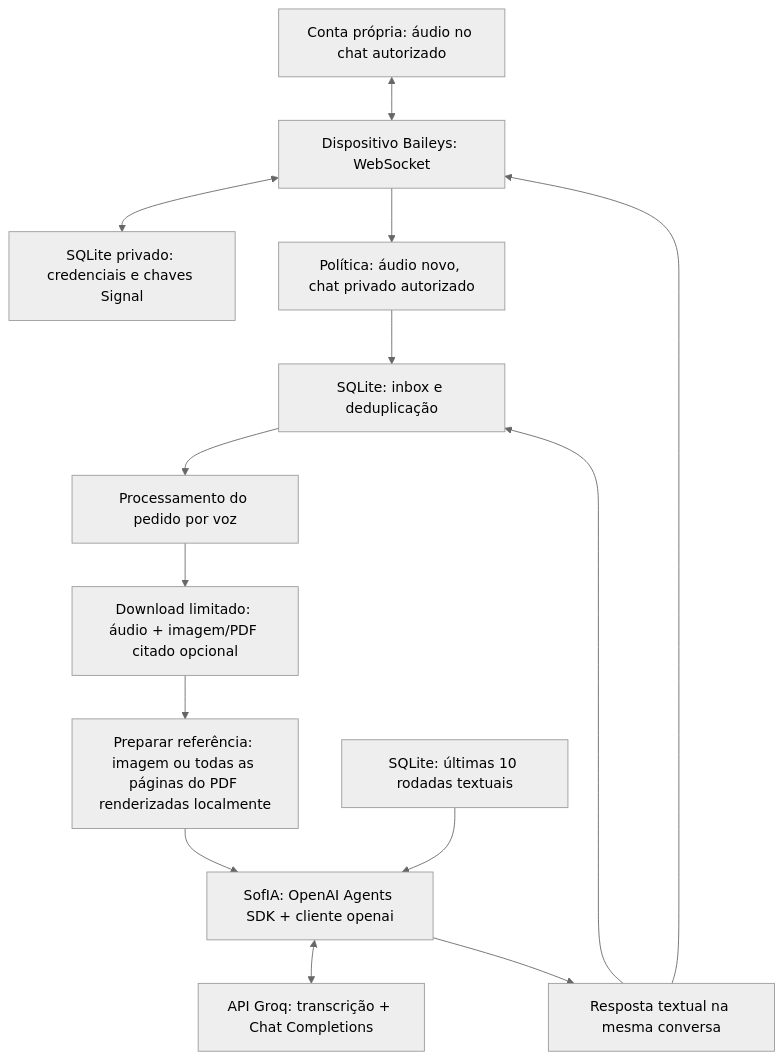
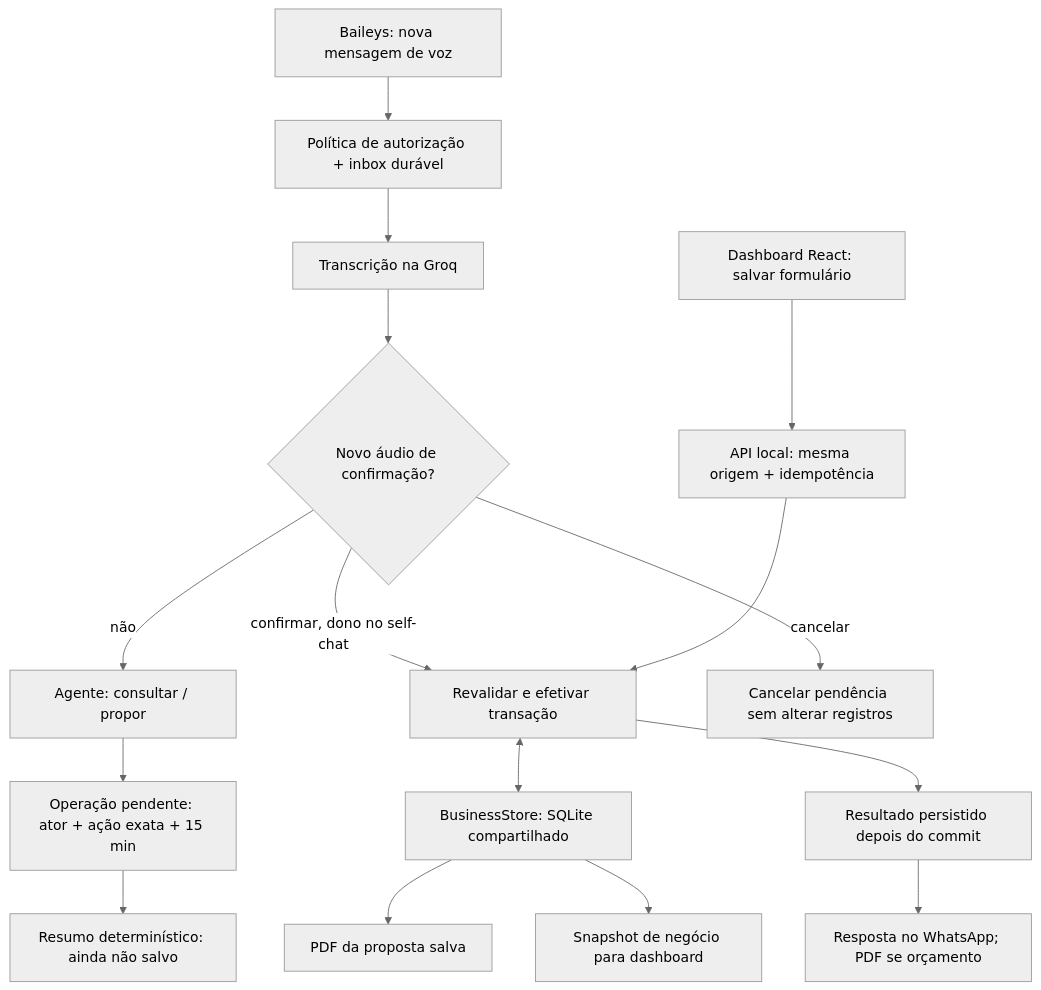
The diagram in ARQUITETURA.md (felipinhobgtom/sofia), drawn with Mermaid (neutral theme) before and after one commit. The commit also changed other lines of this file and 38 other files, not shown here.

Commit message:
feat: add persistent management and local web dashboard

````diff
--- a/ARQUITETURA.md
+++ b/ARQUITETURA.md
@@ -30,16 +32,18 @@
 ```mermaid
 flowchart TD
-    U["Conta própria: áudio no chat autorizado"] <--> B["Dispositivo Baileys: WebSocket"]
-    B <--> D["SQLite privado: credenciais e chaves Signal"]
-    B --> P["Política: áudio novo, chat privado autorizado"]
-    P --> I["SQLite: inbox e deduplicação"]
-    I --> W["Processamento do pedido por voz"]
-    W --> M["Download limitado: áudio + imagem/PDF citado opcional"]
-    M --> L["Preparar referência: imagem ou todas as páginas do PDF renderizadas localmente"]
-    L --> A["SofIA: OpenAI Agents SDK + cliente openai"]
-    H["SQLite: últimas 10 rodadas textuais"] --> A
-    A <--> O["API Groq: transcrição + Chat Completions"]
-    A --> R["Resposta textual na mesma conversa"]
-    R --> B
-    R --> I
+    B["Baileys: nova mensagem de voz"] --> P["Política de autorização + inbox durável"]
+    P --> T["Transcrição na Groq"]
+    T --> C{"Novo áudio de confirmação?"}
+    C -->|"não"| A["Agente: consultar / propor"]
+    A --> N["Operação pendente: ator + ação exata + 15 min"]
+    N --> R["Resumo determinístico: ainda não salvo"]
+    C -->|"confirmar, dono no self-chat"| V["Revalidar e efetivar transação"]
+    C -->|"cancelar"| X["Cancelar pendência sem alterar registros"]
+    U["Dashboard React: salvar formulário"] --> H["API local: mesma origem + idempotência"]
+    H --> V
+    V <--> D["BusinessStore: SQLite compartilhado"]
+    D --> Q["PDF da proposta salva"]
+    D --> S["Snapshot de negócio para dashboard"]
+    V --> E["Resultado persistido depois do commit"]
+    E --> W["Resposta no WhatsApp; PDF se orçamento"]
 ```
````
